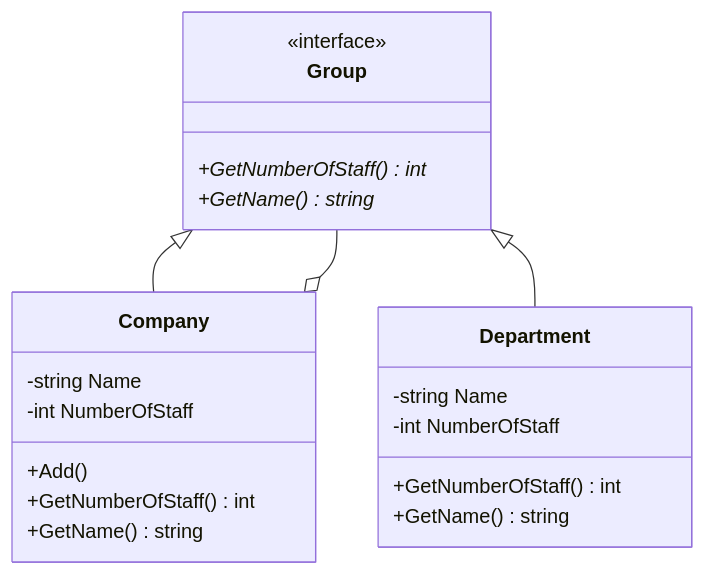
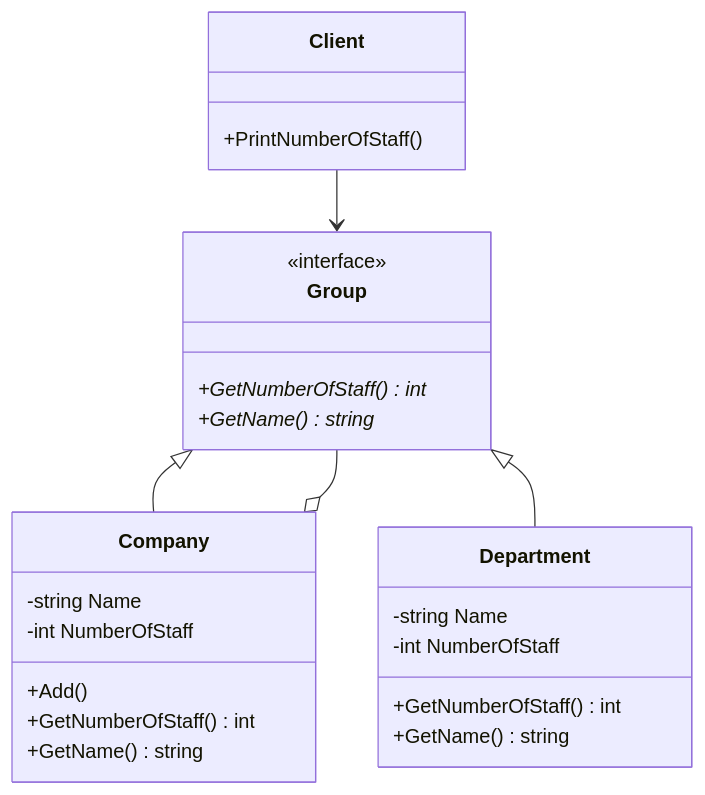
The third of 3 diagrams in StructurePatterns/Composite/README.md (luuthoaiphat/DesignPattern), drawn with Mermaid before and after one commit. The commit also changed other lines of this file, not shown here.

````diff
--- a/StructurePatterns/Composite/README.md
+++ b/StructurePatterns/Composite/README.md
@@ -61,25 +61,29 @@
 ```mermaid
 classDiagram
 Group <|-- Company
 Group <|-- Department
 Company o-- Group
+Client --> Group
 
 class Group {
 	<<interface>>
 	+GetNumberOfStaff()* int 
 	+GetName()* string
         }
 class Company {
 	-string Name
         -int NumberOfStaff
         +Add()
 	+GetNumberOfStaff() int 
 	+GetName() string
         }
 class Department {
 	-string Name
         -int NumberOfStaff
 	+GetNumberOfStaff() int 
 	+GetName() string
         }
+class Client {
+	+PrintNumberOfStaff()
+}
 ```
````
